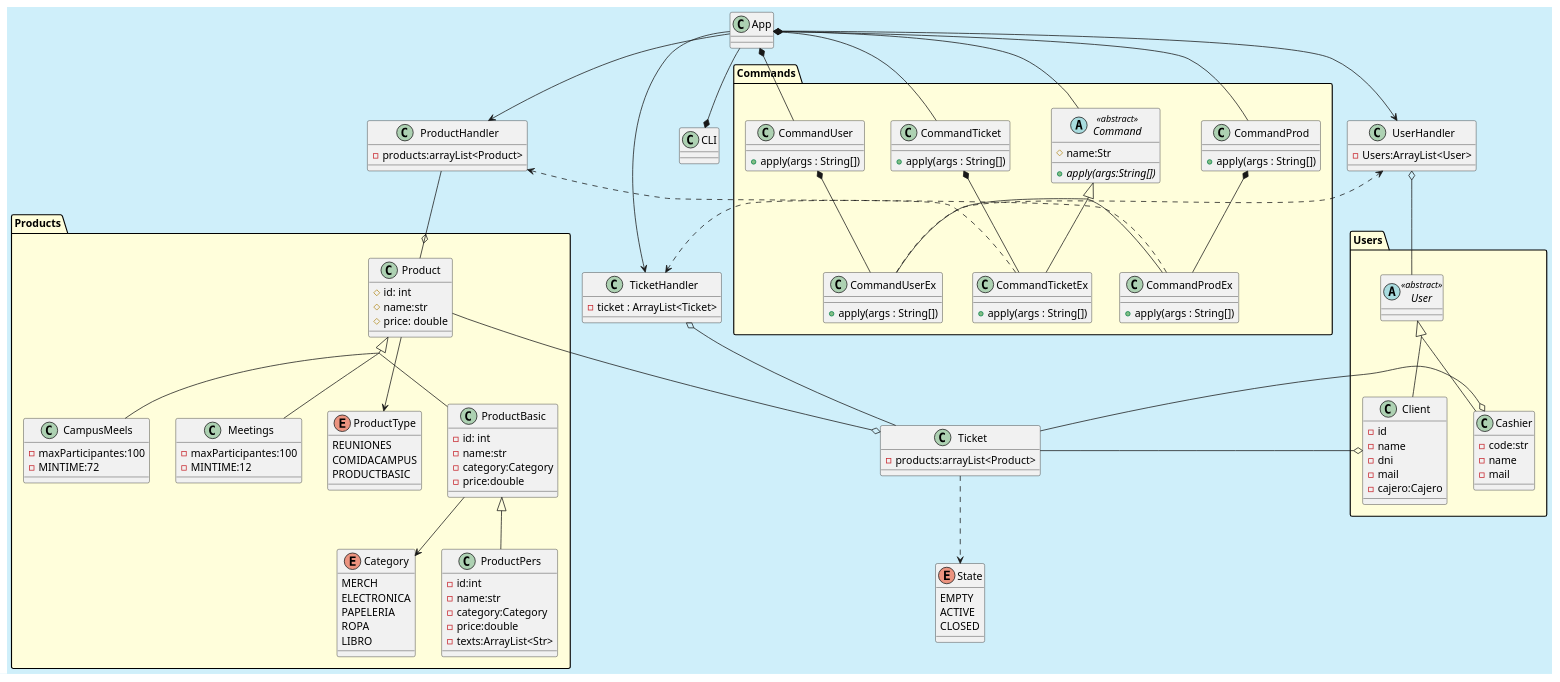
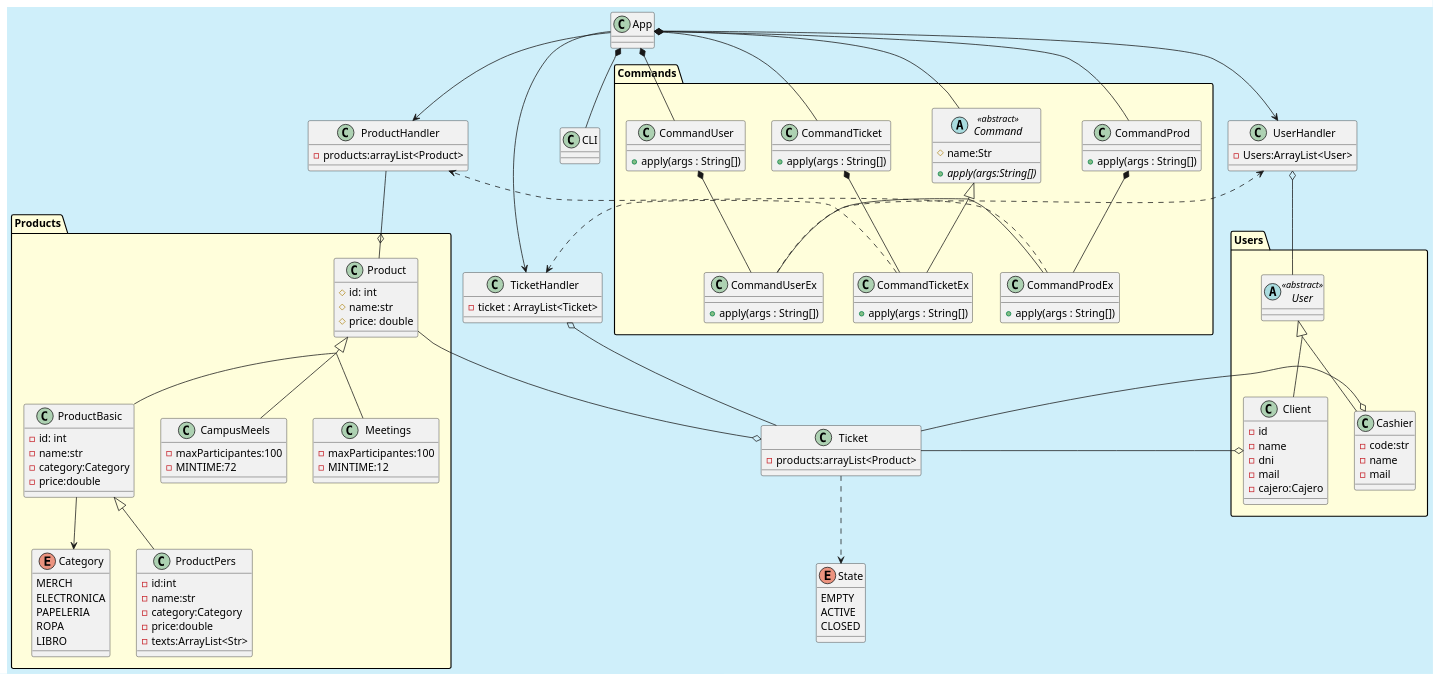
The diagram in src/main/java/es/upm/etsisi/poo/tienda_upm_diagramav2.puml (MarcosAus/tienda_upm), drawn with PlantUML before and after one commit. The commit also changed 17 other files, not shown here.

```diff
--- a/src/main/java/es/upm/etsisi/poo/tienda_upm_diagramav2.puml
+++ b/src/main/java/es/upm/etsisi/poo/tienda_upm_diagramav2.puml
@@ -1,183 +1,177 @@
 @startuml
 Skinparam groupInheritance 2
 skinparam backgroundColor #CFEFFA
 namespace Commands #FFFEDB {
 }
 namespace Products #FFFEDB {
 }
 namespace Users #FFFEDB {
 }
 
 Class App {}
 class CLI {}
 class Products.Product  {
 #id: int
 #name:str
 #price: double
 }
-enum Products.ProductType{
-REUNIONES
-COMIDACAMPUS
-PRODUCTBASIC
-}
-Product --> ProductType
 
 class ProductHandler {
 -products:arrayList<Product>
 }
 
 class Ticket{
 -products:arrayList<Product>
 }
 
 enum State{
 EMPTY
 ACTIVE
 CLOSED
 }
 
 Ticket ..>State
 
 class TicketHandler {
 -ticket : ArrayList<Ticket>
 }
 
 Product --o Ticket
 TicketHandler o-- Ticket
 
 
 
 class Products.ProductBasic{
 
 -id: int
 -name:str
 -category:Category
 -price:double
 }
 
 enum Products.Category {
 MERCH
 ELECTRONICA
 PAPELERIA
 ROPA
 LIBRO
 }
 ProductBasic -->Category
 Product <|-- ProductBasic
 
 class Products.ProductPers{
 
 -id:int
 -name:str
 -category:Category
 -price:double
 -texts:ArrayList<Str>
 }
 ProductBasic <|--  ProductPers
 
 class Products.CampusMeels{
 -maxParticipantes:100
 -MINTIME:72
 }
 
 
 class Products.Meetings{
 -maxParticipantes:100
 -MINTIME:12
 }
 
 Product <|-- CampusMeels
 Product <|-- Meetings
 
 class UserHandler{
 -Users:ArrayList<User>
 }
 
 abstract class Users.User<<abstract>> {
 }
 UserHandler o-- User
 
 class Users.Client {
 -id
 -name
 -dni
 -mail
 -cajero:Cajero
 }
 
 User <|-- Client
 
 class Users.Cashier{
 -code:str
 -name
 -mail
 }
 User <|-- Cashier
 
 Ticket --o Cashier
 Client o-- Ticket
 
 
 abstract class Commands.Command <<abstract>>{
 #name:Str
 +{abstract}apply(args:String[])
 }
 
 class Commands.CommandProd{
 + apply(args : String[])
 }
 
 class Commands.CommandProdEx{
  + apply(args : String[])
 }
 
 CommandProd *-- CommandProdEx
 
 App *-- CommandProd
 
 
 class Commands.CommandTicket{
 + apply(args : String[])
 }
 
 class Commands.CommandTicketEx{
  + apply(args : String[])
 }
 
 
 CommandTicket *-- CommandTicketEx
 App *-[norank]- CommandTicket
 
 class Commands.CommandUser{
 + apply(args : String[])
 }
 
 class Commands.CommandUserEx{
  + apply(args : String[])
 }
 
 
 
 CommandUser *-- CommandUserEx
 App *-[norank]- CommandUser
 
-App --* CLI
+App *-- CLI
 
 App *-- Command
 Command <|-- CommandProdEx
 Command <|-- CommandTicketEx
 Command <|-- CommandUserEx
 
 App --> ProductHandler
 
 ProductHandler --o Product
 
 
 App --> TicketHandler
 App --> UserHandler
 
 CommandUserEx .[norank].> UserHandler
 CommandProdEx .[norank].> ProductHandler
 CommandTicketEx .[norank].> TicketHandler
 
 @enduml
```
